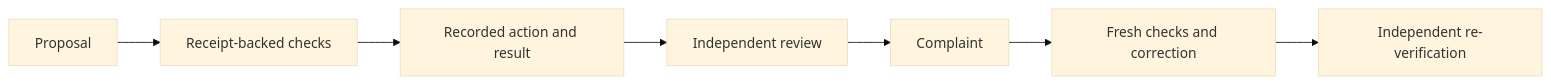
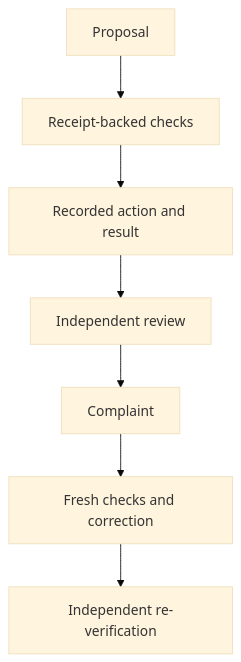
The diagram in docs/decision-history.md (burtondonnieceo/burtondonnieceo), drawn with Mermaid (base theme) before and after one commit. The commit also changed 1 other file, not shown here.

Commit message:
Keep technical diagrams readable at GitHub page width

````diff
--- a/docs/decision-history.md
+++ b/docs/decision-history.md
@@ -7,9 +7,9 @@
 ```mermaid
-flowchart LR
+flowchart TD
     Proposal[Proposal] --> Checks[Receipt-backed checks]
     Checks --> Result[Recorded action and result]
     Result --> Review[Independent review]
     Review --> Challenge[Complaint]
     Challenge --> Correction[Fresh checks and correction]
     Correction --> Recheck[Independent re-verification]
 ```
````
